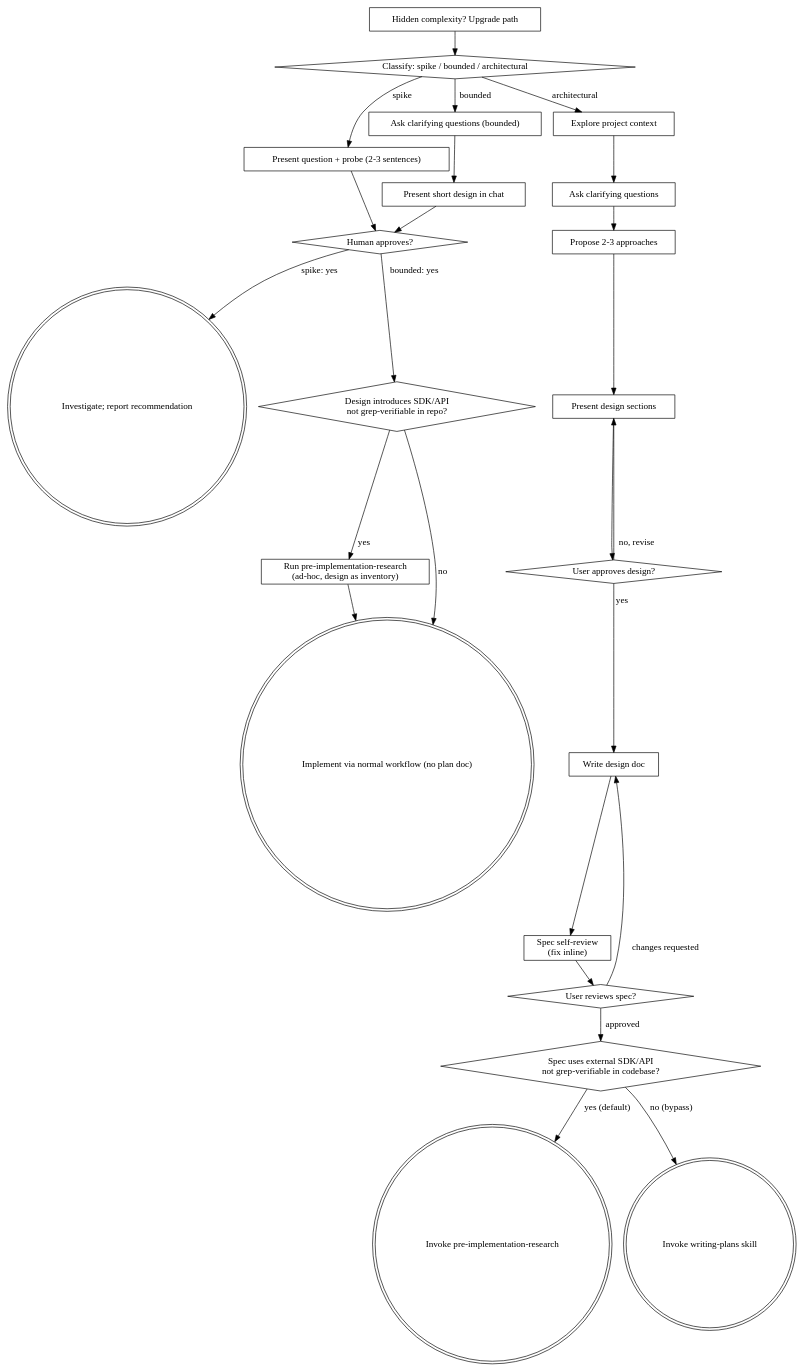
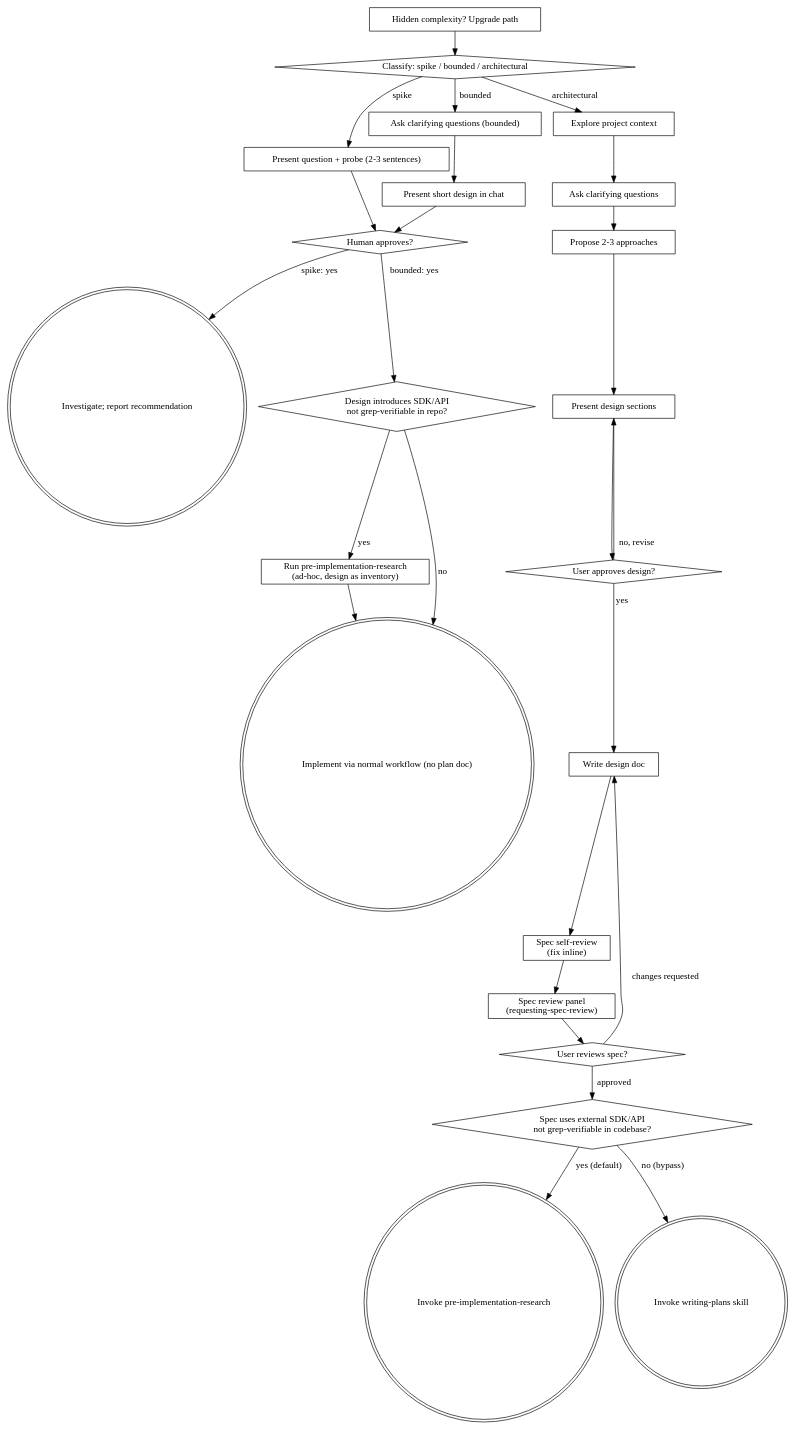
The diagram in skills/brainstorming/SKILL.md (GiulioSurya/superpowers), drawn with Graphviz before and after one commit. The commit also changed other lines of this file and 4 other files, not shown here.

````diff
--- a/skills/brainstorming/SKILL.md
+++ b/skills/brainstorming/SKILL.md
@@ -146,50 +153,52 @@
 ```dot
 digraph brainstorming {
     "Classify: spike / bounded / architectural" [shape=diamond];
     "Present question + probe (2-3 sentences)" [shape=box];
     "Ask clarifying questions (bounded)" [shape=box];
     "Present short design in chat" [shape=box];
     "Human approves?" [shape=diamond];
     "Investigate; report recommendation" [shape=doublecircle];
     "Design introduces SDK/API\nnot grep-verifiable in repo?" [shape=diamond];
     "Run pre-implementation-research\n(ad-hoc, design as inventory)" [shape=box];
     "Implement via normal workflow (no plan doc)" [shape=doublecircle];
     "Explore project context" [shape=box];
     "Ask clarifying questions" [shape=box];
     "Propose 2-3 approaches" [shape=box];
     "Present design sections" [shape=box];
     "User approves design?" [shape=diamond];
     "Write design doc" [shape=box];
     "Spec self-review\n(fix inline)" [shape=box];
+    "Spec review panel\n(requesting-spec-review)" [shape=box];
     "User reviews spec?" [shape=diamond];
     "Spec uses external SDK/API\nnot grep-verifiable in codebase?" [shape=diamond];
     "Invoke pre-implementation-research" [shape=doublecircle];
     "Invoke writing-plans skill" [shape=doublecircle];
     "Hidden complexity? Upgrade path" [shape=box];
 
     "Classify: spike / bounded / architectural" -> "Present question + probe (2-3 sentences)" [label="spike"];
     "Classify: spike / bounded / architectural" -> "Ask clarifying questions (bounded)" [label="bounded"];
     "Classify: spike / bounded / architectural" -> "Explore project context" [label="architectural"];
     "Present question + probe (2-3 sentences)" -> "Human approves?";
     "Ask clarifying questions (bounded)" -> "Present short design in chat";
     "Present short design in chat" -> "Human approves?";
     "Human approves?" -> "Investigate; report recommendation" [label="spike: yes"];
     "Human approves?" -> "Design introduces SDK/API\nnot grep-verifiable in repo?" [label="bounded: yes"];
     "Design introduces SDK/API\nnot grep-verifiable in repo?" -> "Run pre-implementation-research\n(ad-hoc, design as inventory)" [label="yes"];
     "Design introduces SDK/API\nnot grep-verifiable in repo?" -> "Implement via normal workflow (no plan doc)" [label="no"];
     "Run pre-implementation-research\n(ad-hoc, design as inventory)" -> "Implement via normal workflow (no plan doc)";
     "Hidden complexity? Upgrade path" -> "Classify: spike / bounded / architectural";
     "Explore project context" -> "Ask clarifying questions";
     "Ask clarifying questions" -> "Propose 2-3 approaches";
     "Propose 2-3 approaches" -> "Present design sections";
     "Present design sections" -> "User approves design?";
     "User approves design?" -> "Present design sections" [label="no, revise"];
     "User approves design?" -> "Write design doc" [label="yes"];
     "Write design doc" -> "Spec self-review\n(fix inline)";
-    "Spec self-review\n(fix inline)" -> "User reviews spec?";
+    "Spec self-review\n(fix inline)" -> "Spec review panel\n(requesting-spec-review)";
+    "Spec review panel\n(requesting-spec-review)" -> "User reviews spec?";
     "User reviews spec?" -> "Write design doc" [label="changes requested"];
     "User reviews spec?" -> "Spec uses external SDK/API\nnot grep-verifiable in codebase?" [label="approved"];
     "Spec uses external SDK/API\nnot grep-verifiable in codebase?" -> "Invoke pre-implementation-research" [label="yes (default)"];
     "Spec uses external SDK/API\nnot grep-verifiable in codebase?" -> "Invoke writing-plans skill" [label="no (bypass)"];
 }
 ```
````
